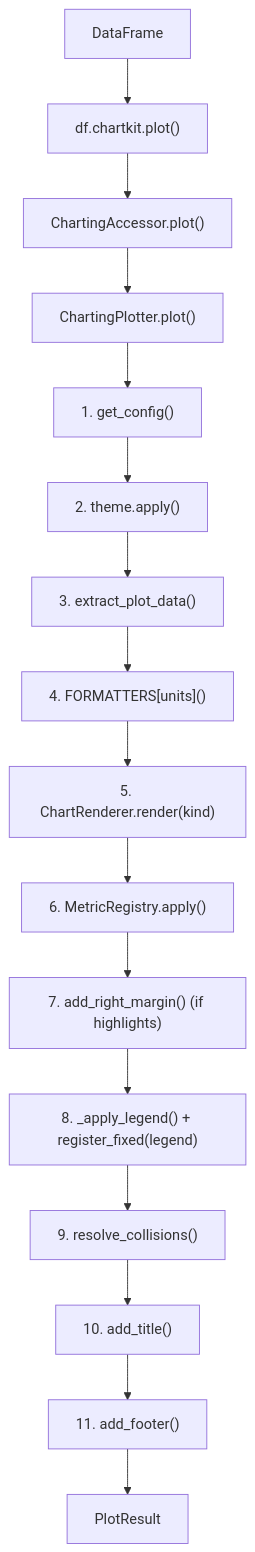
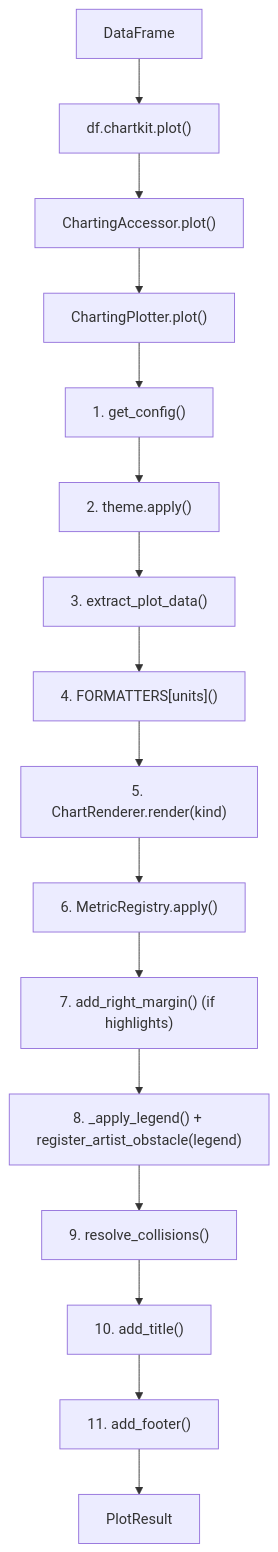
One commit to enzoomoreira/chartkit changed the diagram in docs/contributing/architecture.md. Above: the diagram before and after it, drawn with Mermaid. The commit also changed 40 other files, not shown here.

First line of the commit message:
feat(charts): add 10 new chart type enhancers

````diff
--- a/docs/contributing/architecture.md
+++ b/docs/contributing/architecture.md
@@ -91,19 +91,19 @@
 ```mermaid
 flowchart TD
     A[DataFrame] --> B["df.chartkit.plot()"]
     B --> C["ChartingAccessor.plot()"]
     C --> D["ChartingPlotter.plot()"]
 
     D --> D1["1. get_config()"]
     D1 --> D2["2. theme.apply()"]
     D2 --> D3["3. extract_plot_data()"]
     D3 --> D4["4. FORMATTERS[units]()"]
     D4 --> D5["5. ChartRenderer.render(kind)"]
     D5 --> D6["6. MetricRegistry.apply()"]
     D6 --> D6a["7. add_right_margin() (if highlights)"]
-    D6a --> D6b["8. _apply_legend() + register_fixed(legend)"]
+    D6a --> D6b["8. _apply_legend() + register_artist_obstacle(legend)"]
     D6b --> D7["9. resolve_collisions()"]
     D7 --> D8["10. add_title()"]
     D8 --> D9["11. add_footer()"]
     D9 --> E["PlotResult"]
 ```
````
